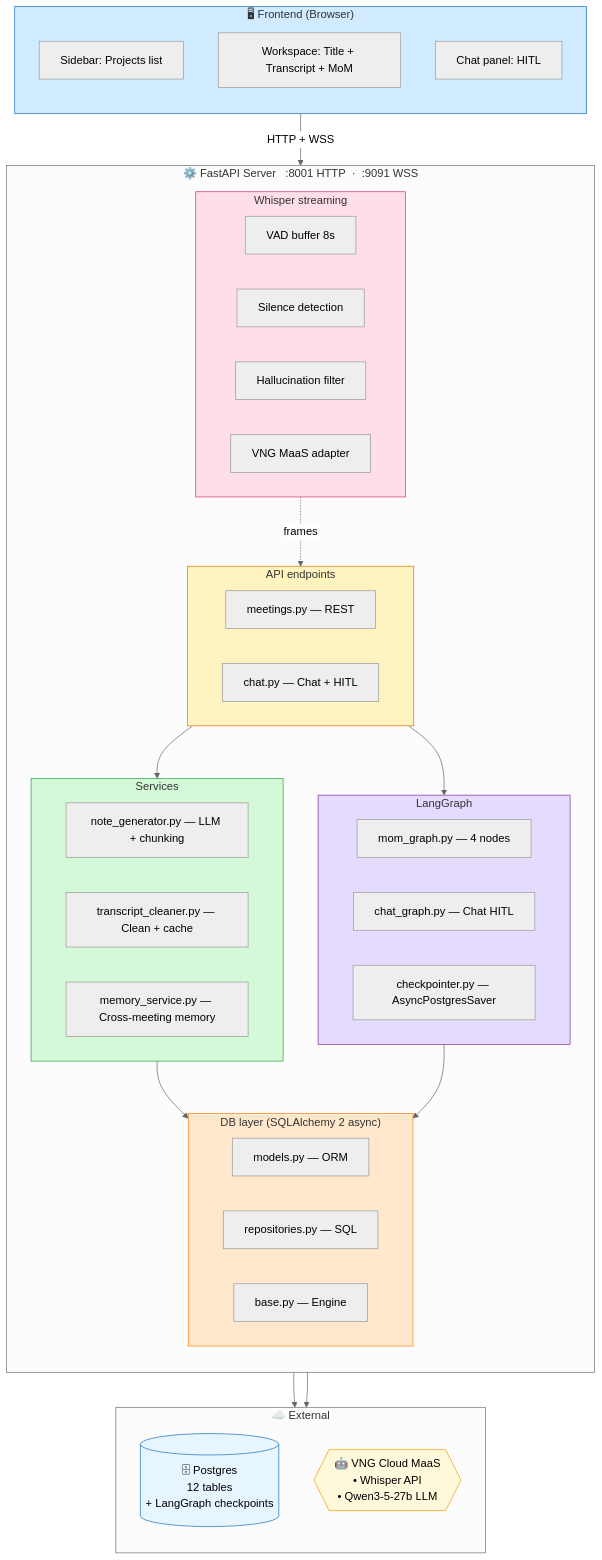
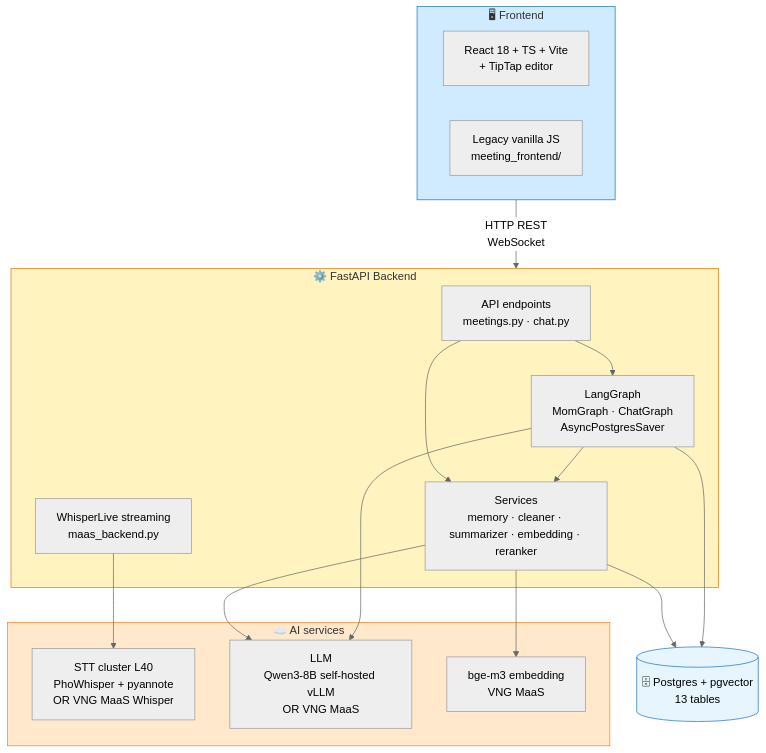
One commit to HatakekkSheeshh/mee-agent changed the second of 2 diagrams in README.md. Above: the diagram before and after it, drawn with Mermaid (neutral theme). The commit also changed other lines of this file, not shown here.

First line of the commit message:
docs(readme): refresh for 2-level MoM + React FE + TipTap + hybrid memory

````diff
--- a/README.md
+++ b/README.md
@@ -200,68 +243,38 @@
 ```mermaid
 flowchart TB
-    subgraph FE["🖥 Frontend (Browser)"]
-        direction TB
-        FE1[Sidebar: Projects list]
-        FE2[Workspace: Title + Transcript + MoM]
-        FE3[Chat panel: HITL]
+    subgraph FE["🖥 Frontend"]
+        FE1[React 18 + TS + Vite<br/>+ TipTap editor]
+        FE2[Legacy vanilla JS<br/>meeting_frontend/]
     end
 
-    subgraph BE["⚙️ FastAPI Server &nbsp;&nbsp;:8001 HTTP &nbsp;·&nbsp; :9091 WSS"]
-        direction TB
-
-        subgraph API["API endpoints"]
-            API1[meetings.py — REST]
-            API2[chat.py — Chat + HITL]
-        end
-
-        subgraph SVC["Services"]
-            SVC1[note_generator.py — LLM + chunking]
-            SVC2[transcript_cleaner.py — Clean + cache]
-            SVC3[memory_service.py — Cross-meeting memory]
-        end
-
-        subgraph LG["LangGraph"]
-            LG1[mom_graph.py — 4 nodes]
-            LG2[chat_graph.py — Chat HITL]
-            LG3[checkpointer.py — AsyncPostgresSaver]
-        end
-
-        subgraph DB["DB layer (SQLAlchemy 2 async)"]
-            DB1[models.py — ORM]
-            DB2[repositories.py — SQL]
-            DB3[base.py — Engine]
-        end
-
-        subgraph WSP["Whisper streaming"]
-            WSP1[VAD buffer 8s]
-            WSP2[Silence detection]
-            WSP3[Hallucination filter]
-            WSP4[VNG MaaS adapter]
-        end
-
-        API --> SVC
-        API --> LG
-        SVC --> DB
-        LG --> DB
-        WSP -.->|frames| API
+    subgraph BE["⚙️ FastAPI Backend"]
+        API[API endpoints<br/>meetings.py · chat.py]
+        SVC[Services<br/>memory · cleaner · summarizer · embedding · reranker]
+        LG[LangGraph<br/>MomGraph · ChatGraph<br/>AsyncPostgresSaver]
+        WSP[WhisperLive streaming<br/>maas_backend.py]
     end
 
-    subgraph EXT["☁️ External"]
-        direction TB
-        PG[("🗄 Postgres<br/>12 tables<br/>+ LangGraph checkpoints")]
-        MAAS{{"🤖 VNG Cloud MaaS<br/>• Whisper API<br/>• Qwen3-5-27b LLM"}}
+    subgraph EXT["☁️ AI services"]
+        STT[STT cluster L40<br/>PhoWhisper + pyannote<br/>OR VNG MaaS Whisper]
+        LLM[LLM<br/>Qwen3-8B self-hosted vLLM<br/>OR VNG MaaS]
+        EMB[bge-m3 embedding<br/>VNG MaaS]
     end
 
-    FE -->|HTTP + WSS| BE
-    BE --> PG
-    BE --> MAAS
+    PG[("🗄 Postgres + pgvector<br/>13 tables")]
+
+    FE -->|HTTP REST<br/>WebSocket| BE
+    API --> SVC
+    API --> LG
+    LG --> SVC
+    SVC --> PG
+    LG --> PG
+    WSP --> STT
+    SVC --> EMB
+    SVC --> LLM
+    LG --> LLM
 
     style FE fill:#d0ebff,stroke:#1971c2
-    style API fill:#fff3bf,stroke:#e67700
-    style SVC fill:#d3f9d8,stroke:#2f9e44
-    style LG fill:#e5dbff,stroke:#862e9c
-    style DB fill:#ffe8cc,stroke:#fd7e14
-    style WSP fill:#ffdeeb,stroke:#d6336c
+    style BE fill:#fff3bf,stroke:#e67700
+    style EXT fill:#ffe8cc,stroke:#fd7e14
     style PG fill:#e7f5ff,stroke:#1971c2
-    style MAAS fill:#fff9db,stroke:#f59f00
 ```
````
